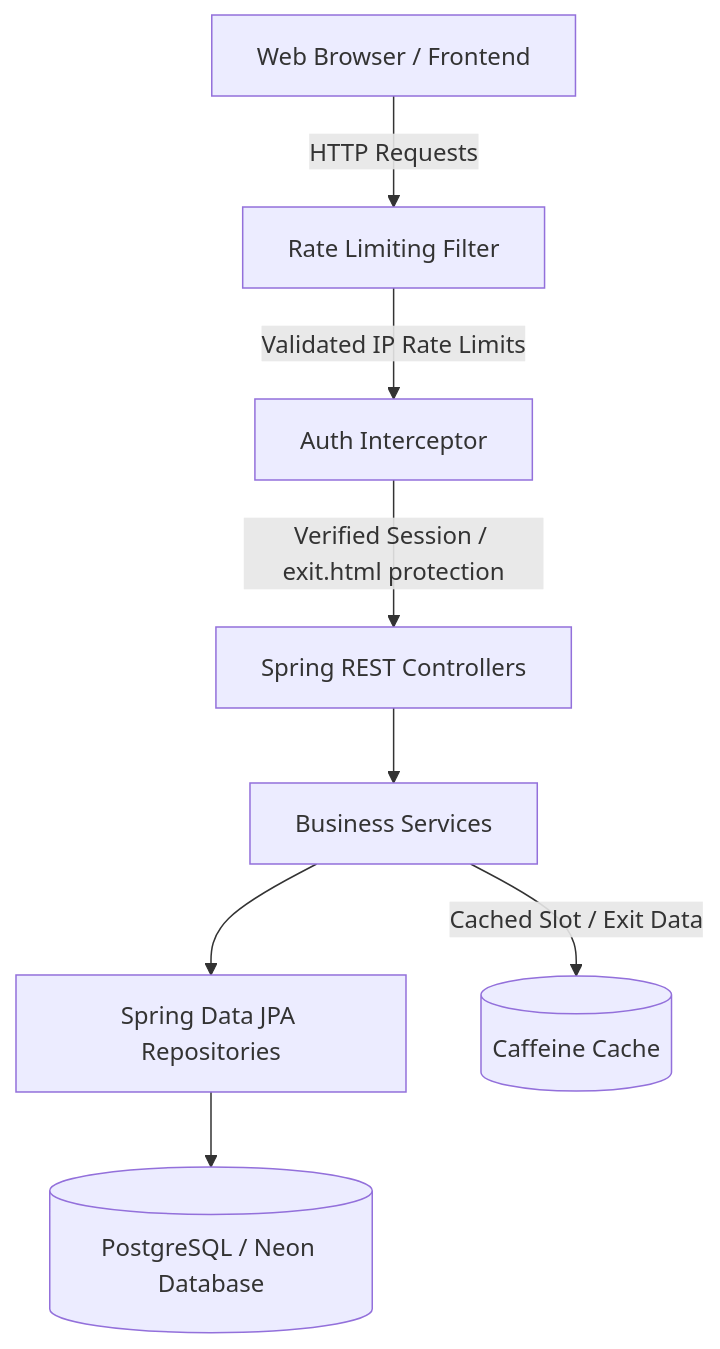
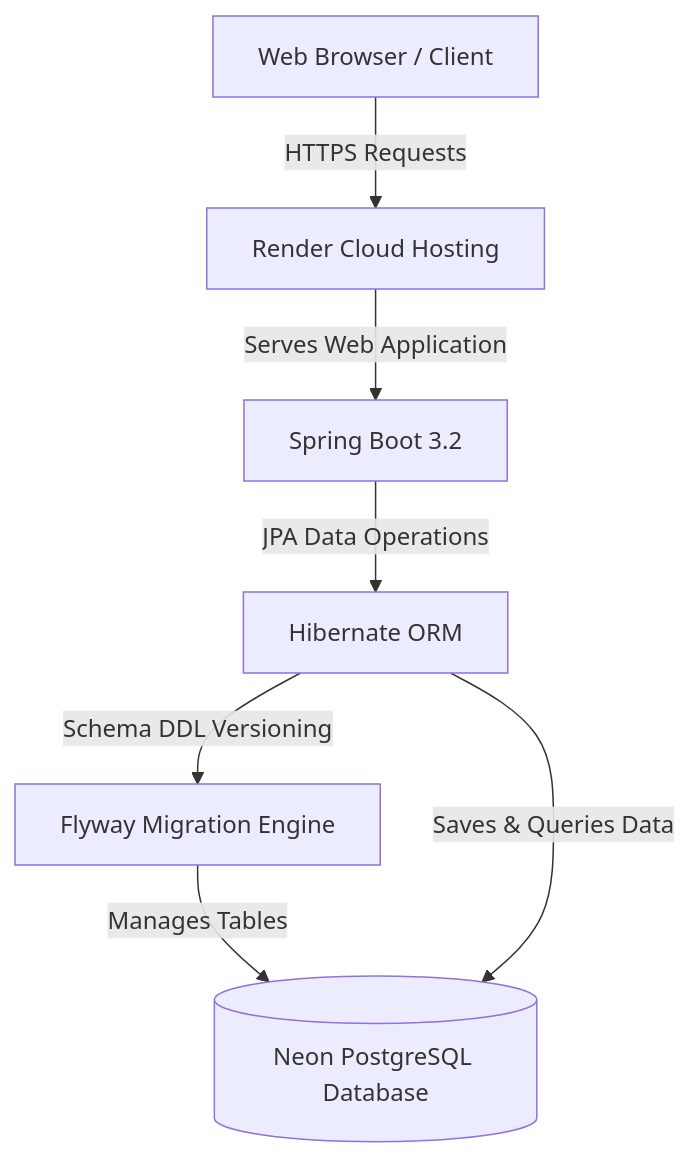
One commit to nanda6912/SmartParkingSystem changed the first of 2 diagrams in README.md. Above: the diagram before and after it, drawn with Mermaid. The commit also changed other lines of this file and 12 other files, not shown here.

````diff
--- a/README.md
+++ b/README.md
@@ -41,18 +65,16 @@
 ```mermaid
 graph TD
-    Client[Web Browser / Frontend]
-    Controller[Spring REST Controllers]
-    Filter[Rate Limiting Filter]
-    Interceptor[Auth Interceptor]
-    Service[Business Services]
-    Repo[Spring Data JPA Repositories]
-    DB[(PostgreSQL / Neon Database)]
-    Cache[(Caffeine Cache)]
-    Client -->|HTTP Requests| Filter
-    Filter -->|Validated IP Rate Limits| Interceptor
-    Interceptor -->|Verified Session / exit.html protection| Controller
-    Controller --> Service
-    Service --> Repo
-    Service -->|Cached Slot / Exit Data| Cache
-    Repo --> DB
+    Browser[Web Browser / Client]
+    Render[Render Cloud Hosting]
+    SpringBoot["Spring Boot 3.2"]
+    Hibernate["Hibernate ORM"]
+    Flyway["Flyway Migration Engine"]
+    NeonPostgres[("Neon PostgreSQL Database")]
+
+    Browser -->|HTTPS Requests| Render
+    Render -->|Serves Web Application| SpringBoot
+    SpringBoot -->|JPA Data Operations| Hibernate
+    Hibernate -->|Schema DDL Versioning| Flyway
+    Flyway -->|Manages Tables| NeonPostgres
+    Hibernate -->|Saves & Queries Data| NeonPostgres
 ```
````
